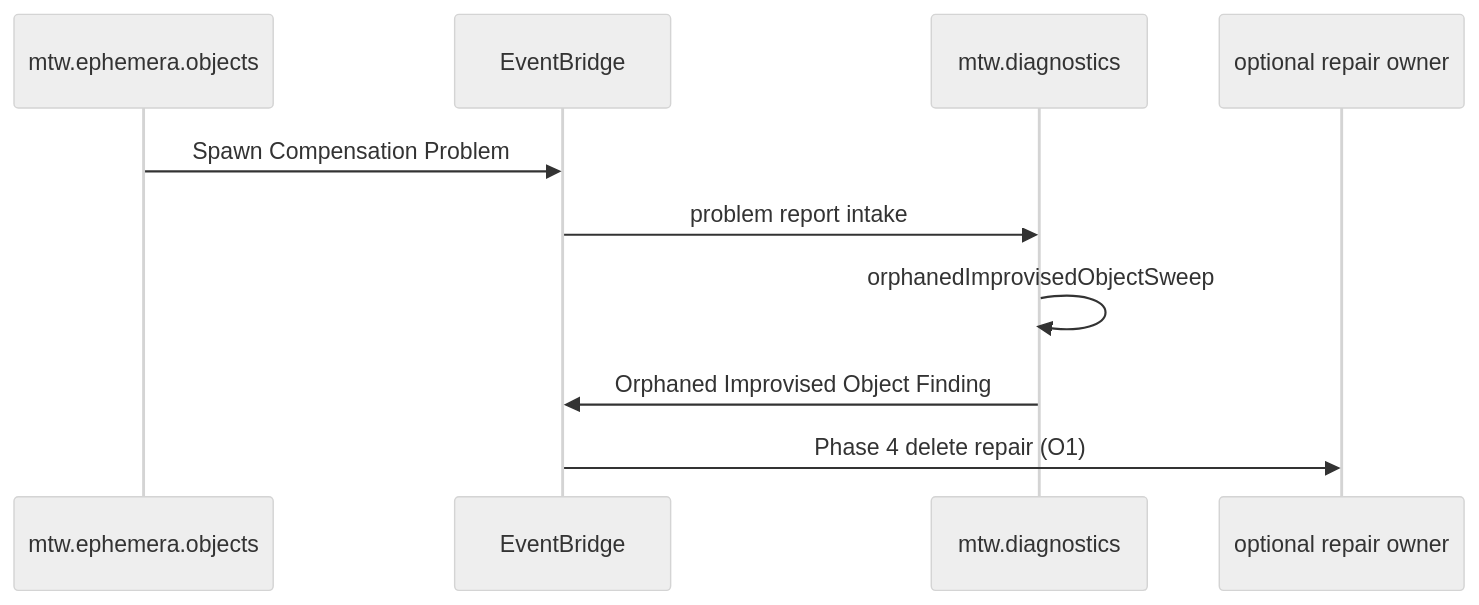
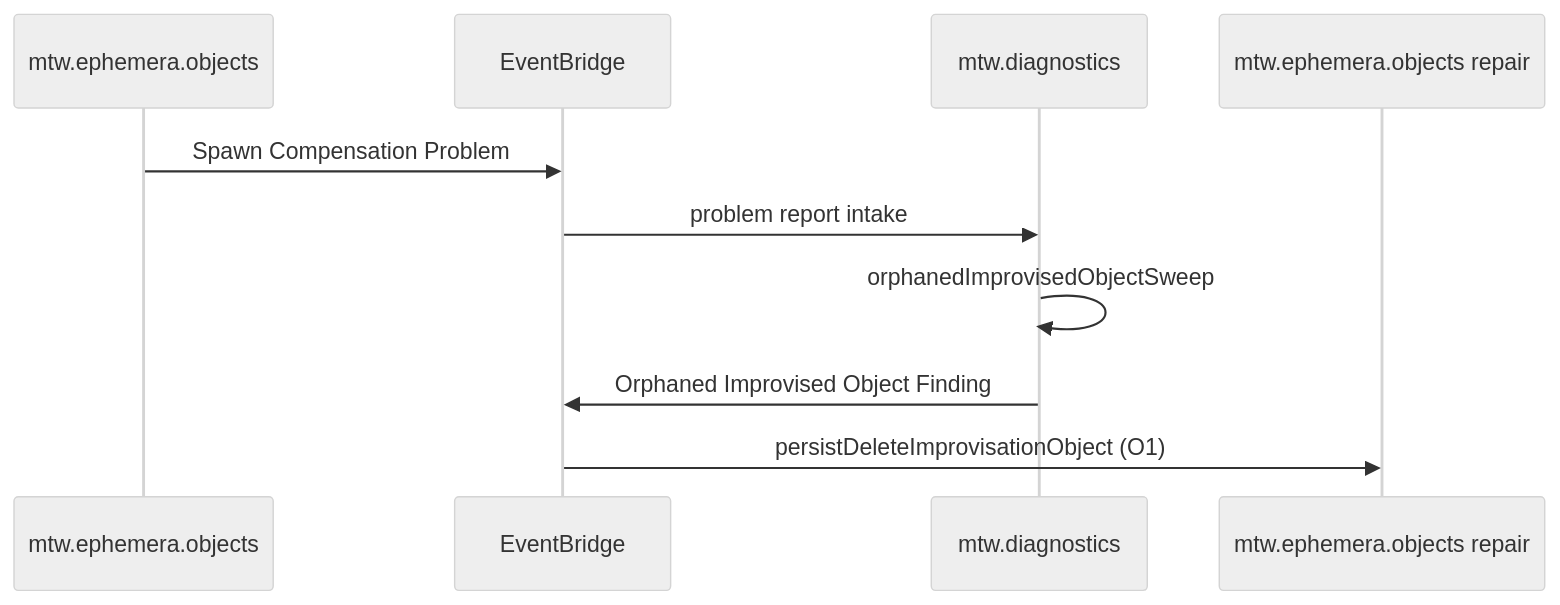
The diagram in taskPlanning/lambda/ephemera/dataSource/positions/AGENT.orphanedObjectDiagnostics.planning.md (TonyLB/maketheworld), drawn with Mermaid (neutral theme) before and after one commit. The commit also changed other lines of this file and 11 other files, not shown here.

Commit message:
ISS7981: Added ephemera self-heal for orphaned objects

````diff
--- a/taskPlanning/lambda/ephemera/dataSource/positions/AGENT.orphanedObjectDiagnostics.planning.md
+++ b/taskPlanning/lambda/ephemera/dataSource/positions/AGENT.orphanedObjectDiagnostics.planning.md
@@ -102,13 +102,13 @@
 ```mermaid
 sequenceDiagram
     participant Objects as mtw.ephemera.objects
     participant EB as EventBridge
     participant Diag as mtw.diagnostics
-    participant Repair as optional repair owner
+    participant Repair as mtw.ephemera.objects repair
 
     Objects->>EB: Spawn Compensation Problem
     EB->>Diag: problem report intake
     Diag->>Diag: orphanedImprovisedObjectSweep
     Diag->>EB: Orphaned Improvised Object Finding
-    EB->>Repair: Phase 4 delete repair (O1)
+    EB->>Repair: persistDeleteImprovisationObject (O1)
 ```
````
